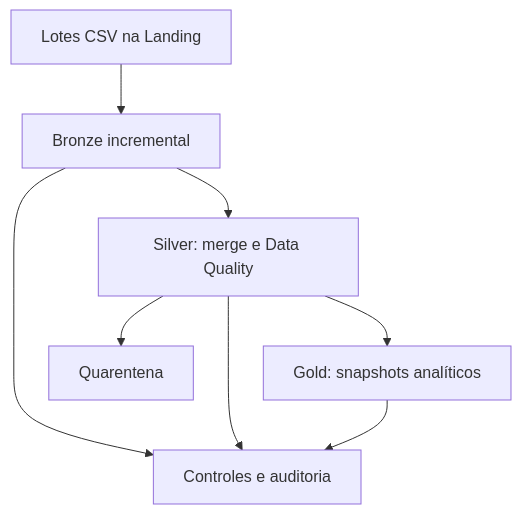
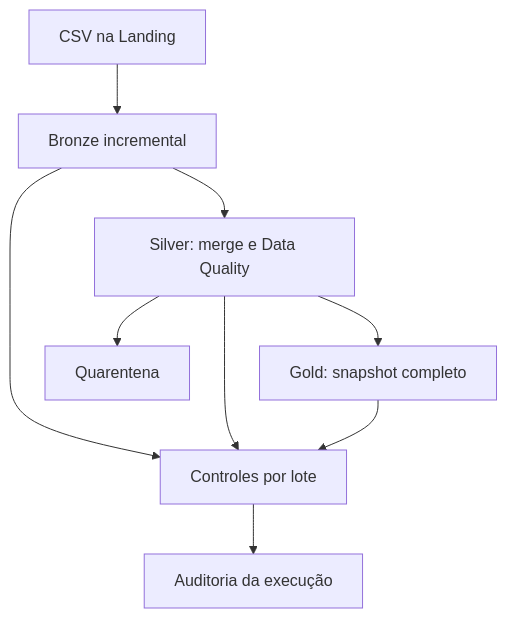
One commit to tecStudent/pyspark-it-incident-etl changed the second of 2 diagrams in README.md. Above: the diagram before and after it, drawn with Mermaid. The commit also changed other lines of this file, not shown here.

````diff
--- a/README.md
+++ b/README.md
@@ -70,10 +181,11 @@
-```mermaid
+~~~mermaid
 flowchart TD
-    A["Lotes CSV na Landing"] --> B["Bronze incremental"]
+    A["CSV na Landing"] --> B["Bronze incremental"]
     B --> C["Silver: merge e Data Quality"]
-    C --> D["Gold: snapshots analíticos"]
-    C --> E["Quarentena"]
-    B --> F["Controles e auditoria"]
-    C --> F
-    D --> F
-```
+    C --> D["Gold: snapshot completo"]
+    C --> Q["Quarentena"]
+    B --> R["Controles por lote"]
+    C --> R
+    D --> R
+    R --> U["Auditoria da execução"]
+~~~
````
